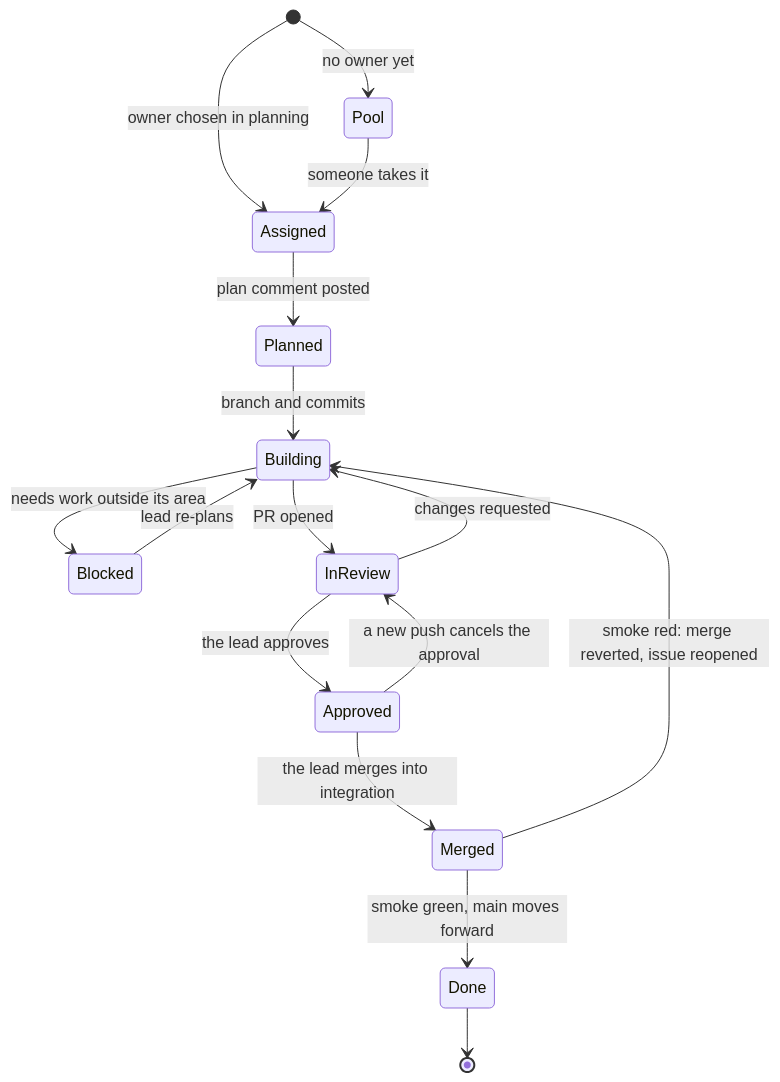
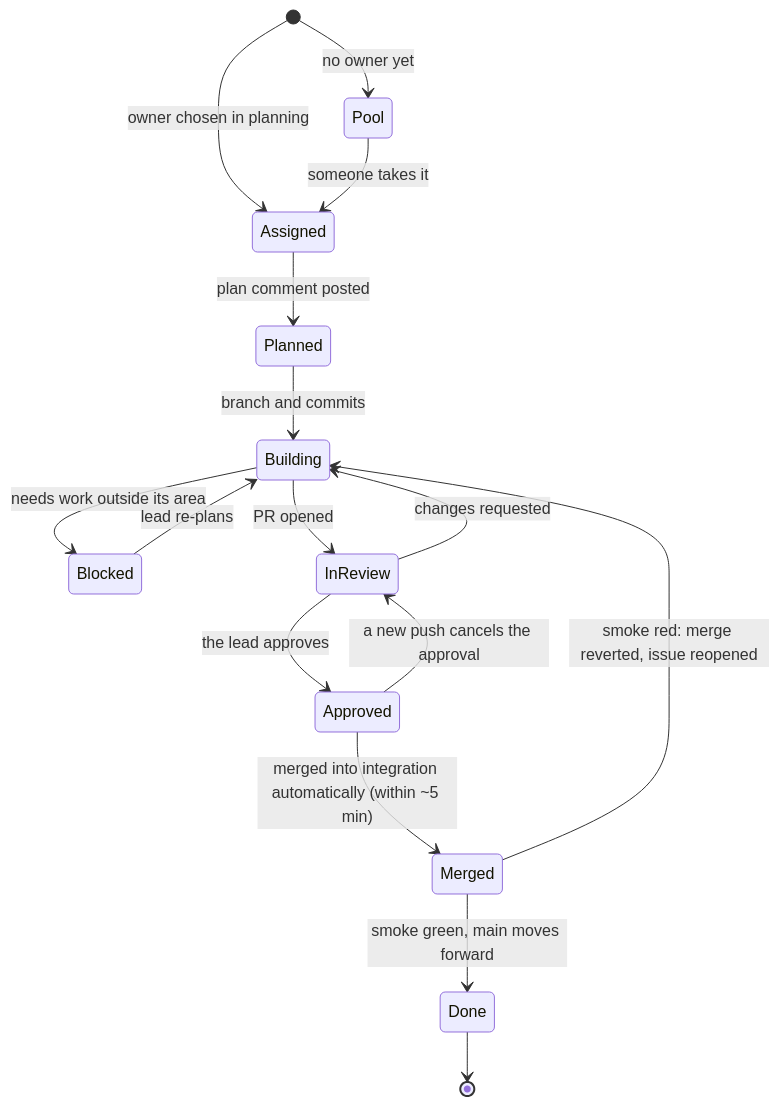
Before and after one commit to atiladeokegab/hackathon_teamwork: the fourth of 5 diagrams in README.md, drawn with Mermaid. The commit also changed other lines of this file, not shown here.

Commit message:
docs(readme): approved PRs merge automatically; what a failed smoke does

````diff
--- a/README.md
+++ b/README.md
@@ -109,18 +109,18 @@
 ```mermaid
 stateDiagram-v2
     [*] --> Pool: no owner yet
     [*] --> Assigned: owner chosen in planning
     Pool --> Assigned: someone takes it
     Assigned --> Planned: plan comment posted
     Planned --> Building: branch and commits
     Building --> Blocked: needs work outside its area
     Blocked --> Building: lead re-plans
     Building --> InReview: PR opened
     InReview --> Building: changes requested
     InReview --> Approved: the lead approves
     Approved --> InReview: a new push cancels the approval
-    Approved --> Merged: the lead merges into integration
+    Approved --> Merged: merged into integration automatically (within ~5 min)
     Merged --> Done: smoke green, main moves forward
     Merged --> Building: smoke red: merge reverted, issue reopened
     Done --> [*]
 ```
````
